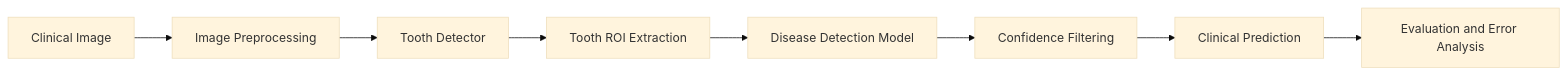
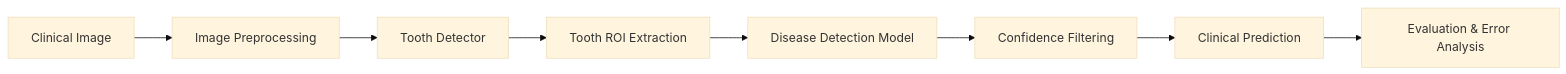
One commit to saumyasrivastava21/saumyasrivastava21 changed the second of 5 diagrams in README.md. Above: the diagram before and after it, drawn with Mermaid (base theme). The commit also changed other lines of this file, not shown here.

````diff
--- a/README.md
+++ b/README.md
@@ -108,10 +129,10 @@
 ```mermaid
 flowchart LR
     A[Clinical Image] --> B[Image Preprocessing]
     B --> C[Tooth Detector]
     C --> D[Tooth ROI Extraction]
     D --> E[Disease Detection Model]
     E --> F[Confidence Filtering]
     F --> G[Clinical Prediction]
-    G --> H[Evaluation and Error Analysis]
+    G --> H[Evaluation & Error Analysis]
 ```
````
